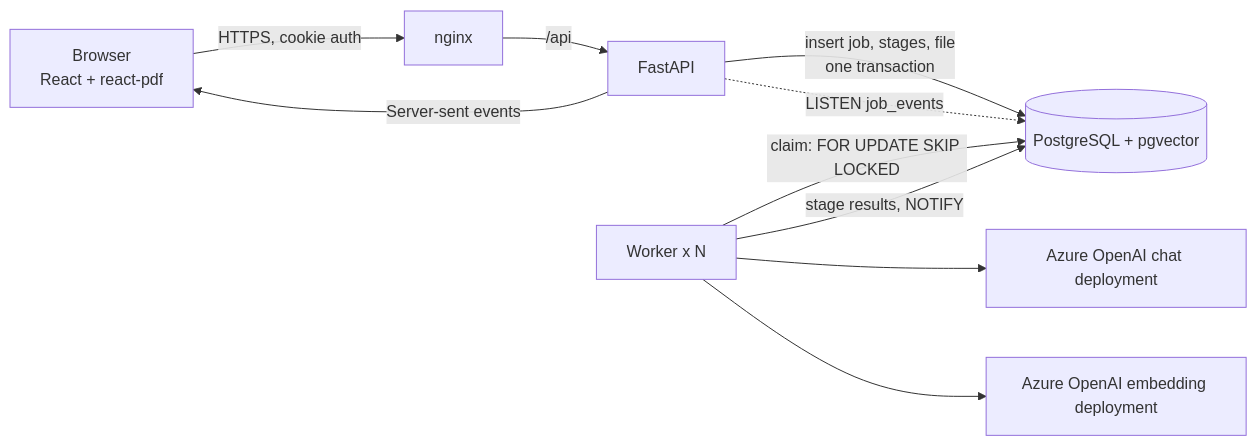
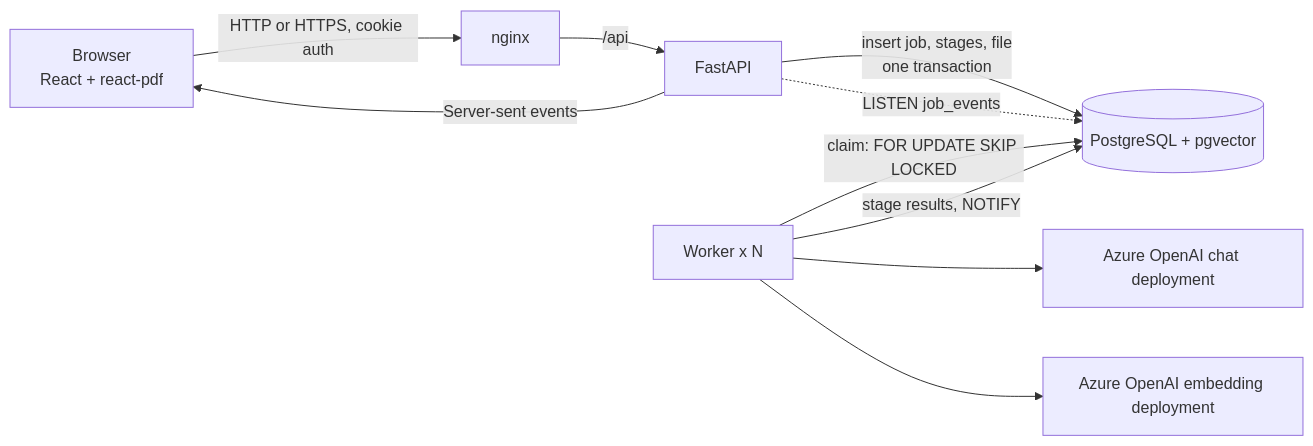
One commit to Thilini-Deshika/medication-doc-verifier changed the first of 2 diagrams in README.md. Above: the diagram before and after it, drawn with Mermaid. The commit also changed other lines of this file, not shown here.

````diff
--- a/README.md
+++ b/README.md
@@ -135,12 +135,12 @@
 ```mermaid
 flowchart LR
-  B[Browser<br/>React + react-pdf] -->|HTTPS, cookie auth| N[nginx]
+  B[Browser<br/>React + react-pdf] -->|HTTP or HTTPS, cookie auth| N[nginx]
   N -->|/api| A[FastAPI]
   A -->|insert job, stages, file<br/>one transaction| P[(PostgreSQL + pgvector)]
   A -. LISTEN job_events .-> P
   W[Worker x N] -->|claim: FOR UPDATE SKIP LOCKED| P
   W -->|stage results, NOTIFY| P
   W --> L[Azure OpenAI chat deployment]
   W --> E[Azure OpenAI embedding deployment]
   A -->|Server-sent events| B
 ```
````
